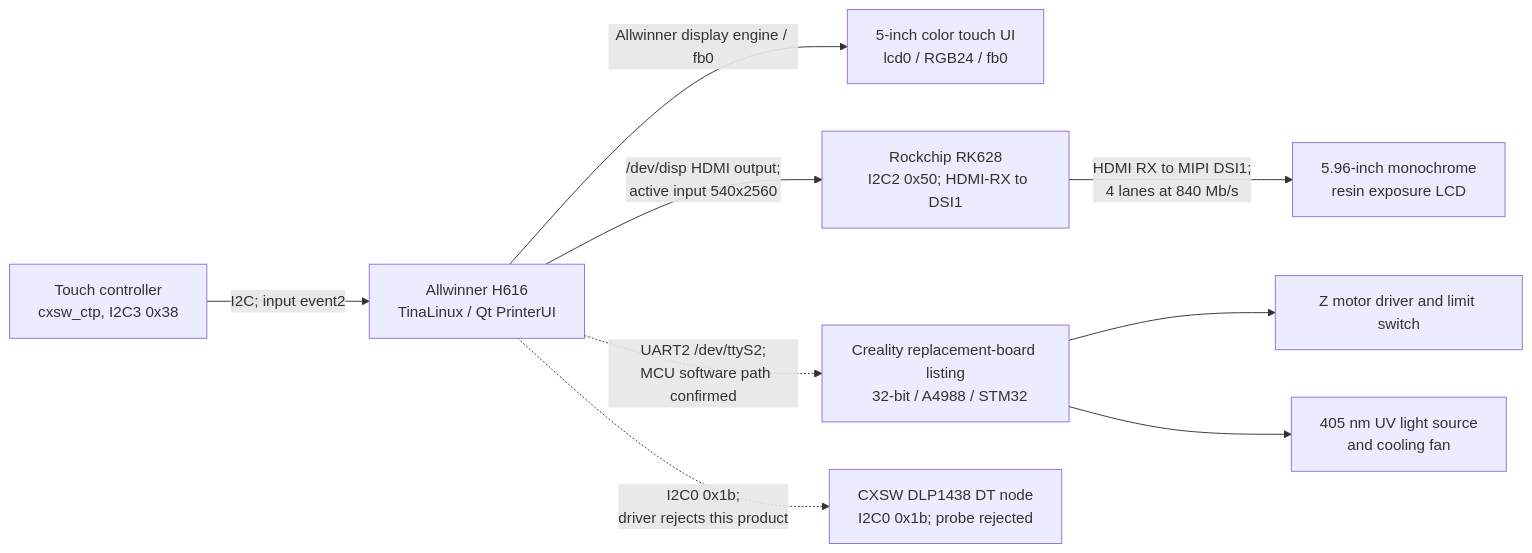
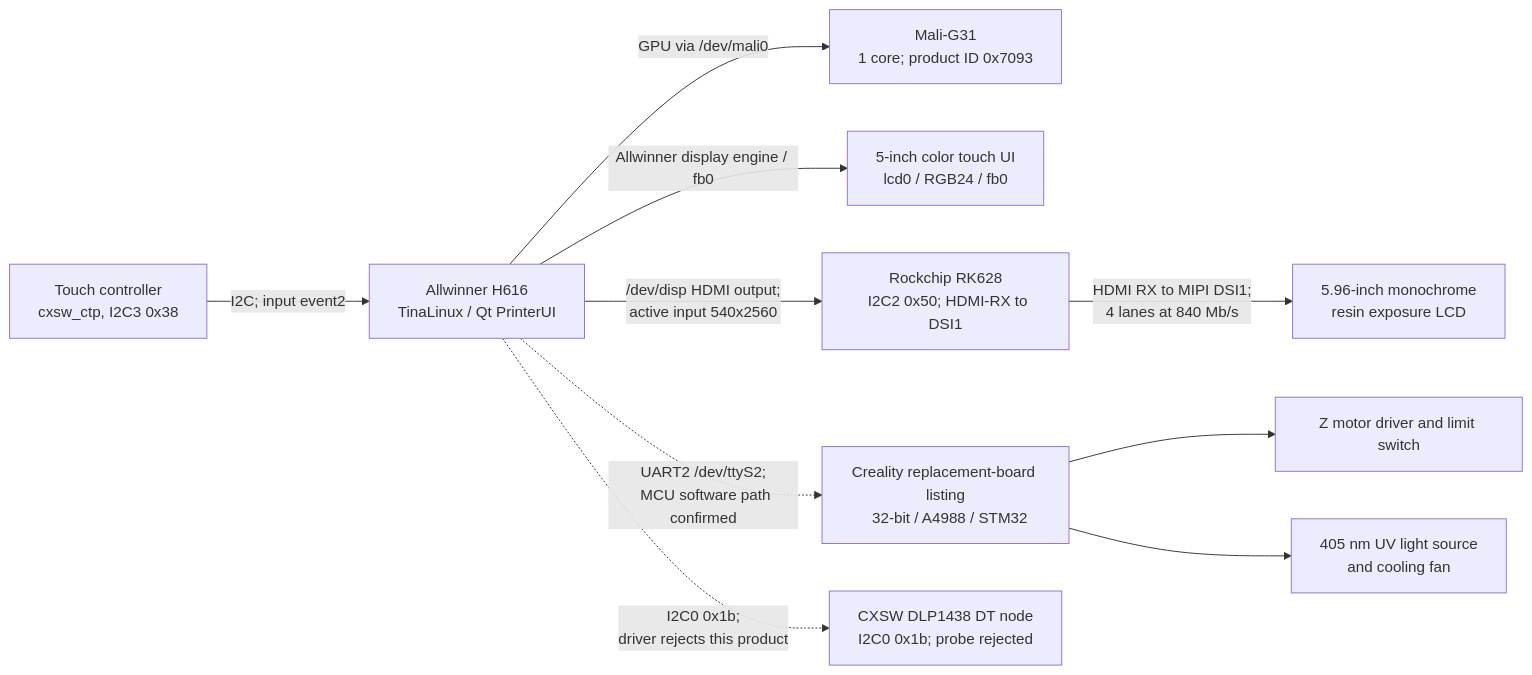
One commit to Mar2ianen/open-halot-one changed the diagram in docs/hardware-map.md. Above: the diagram before and after it, drawn with Mermaid. The commit also changed other lines of this file and 2 other files, not shown here.

Commit message:
docs: map UART DMA and Mali emulation limits

````diff
--- a/docs/hardware-map.md
+++ b/docs/hardware-map.md
@@ -5,32 +5,35 @@
 ```mermaid
 flowchart LR
   H[Allwinner H616
   TinaLinux / Qt PrinterUI]
+  G[Mali-G31
+  1 core; product ID 0x7093]
   T[5-inch color touch UI
   lcd0 / RGB24 / fb0]
   C[Touch controller
   cxsw_ctp, I2C3 0x38]
   M[Creality replacement-board listing
   32-bit / A4988 / STM32]
   Z[Z motor driver and limit switch]
   U[405 nm UV light source
   and cooling fan]
   L[5.96-inch monochrome
   resin exposure LCD]
   R[Rockchip RK628
   I2C2 0x50; HDMI-RX to DSI1]
   D[CXSW DLP1438 DT node
   I2C0 0x1b; probe rejected]
+  H -->|GPU via /dev/mali0| G
   H -->|Allwinner display engine / fb0| T
   C -->|I2C; input event2| H
   H -->|/dev/disp HDMI output;
   active input 540x2560| R
   R -->|HDMI RX to MIPI DSI1;
   4 lanes at 840 Mb/s| L
   H -.->|UART2 /dev/ttyS2;
   MCU software path confirmed| M
   H -.->|I2C0 0x1b;
   driver rejects this product| D
   M --> Z
   M --> U
 ```
````
